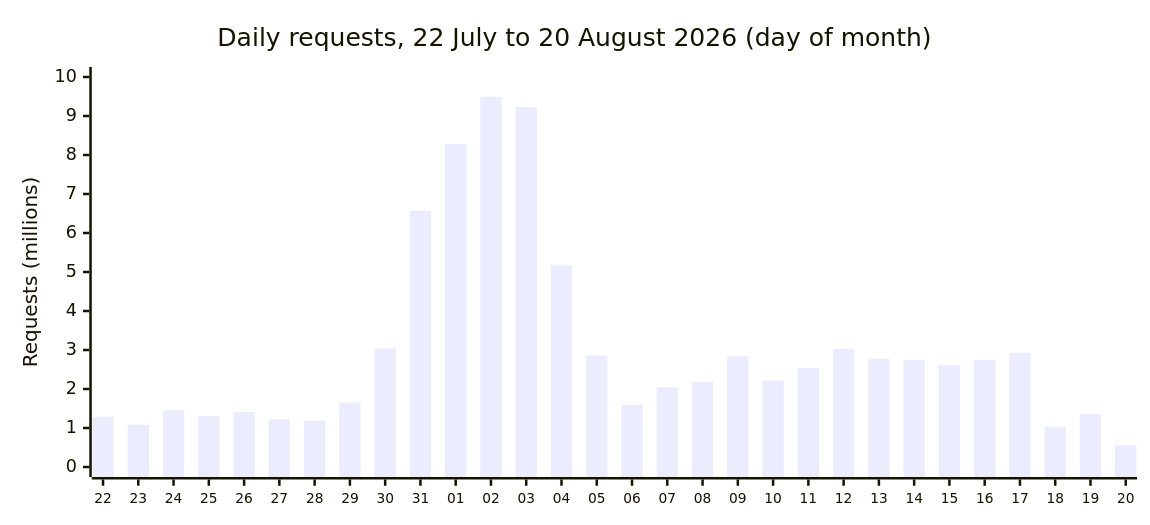
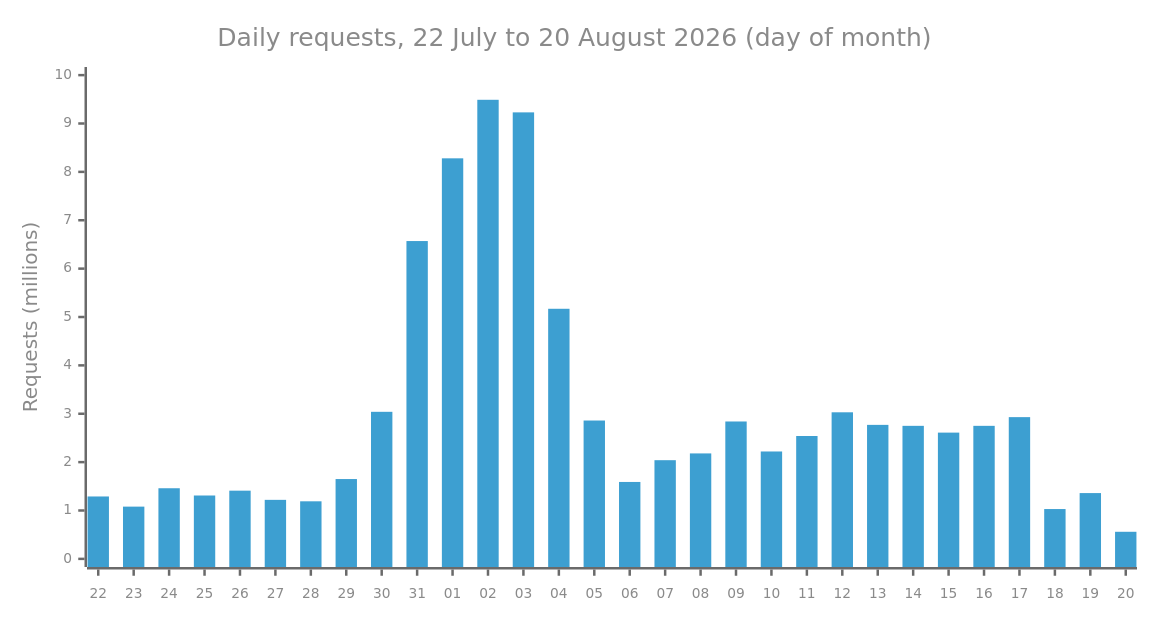
The second of 2 diagrams in log/web-request-storm-incident/index.qmd (lopes/lopes.id), drawn with Mermaid before and after one commit.

Commit message:
post: theme-neutral colours and more height for the request chart

````diff
--- a/log/web-request-storm-incident/index.qmd
+++ b/log/web-request-storm-incident/index.qmd
@@ -200,8 +200,8 @@
 ```{mermaid}
-%%{init: {"xyChart": {"width": 900, "height": 400, "xAxis": {"labelFontSize": 11, "labelPadding": 4}}}}%%
+%%{init: {"themeVariables": {"xyChart": {"backgroundColor":"transparent","plotColorPalette":"#3d9fd1","titleColor":"#8a8a8a","xAxisLabelColor":"#8a8a8a","xAxisTitleColor":"#8a8a8a","xAxisTickColor":"#6a6a6a","xAxisLineColor":"#6a6a6a","yAxisLabelColor":"#8a8a8a","yAxisTitleColor":"#8a8a8a","yAxisTickColor":"#6a6a6a","yAxisLineColor":"#6a6a6a"}}, "xyChart": {"width": 900, "height": 480, "xAxis": {"labelFontSize": 11, "labelPadding": 8}, "yAxis": {"labelFontSize": 11}}}}%%
 xychart-beta
     title "Daily requests, 22 July to 20 August 2026 (day of month)"
     x-axis [22, 23, 24, 25, 26, 27, 28, 29, 30, 31, 01, 02, 03, 04, 05, 06, 07, 08, 09, 10, 11, 12, 13, 14, 15, 16, 17, 18, 19, 20]
     y-axis "Requests (millions)" 0 --> 10
     bar [1.29, 1.08, 1.46, 1.31, 1.41, 1.22, 1.19, 1.65, 3.04, 6.57, 8.28, 9.49, 9.23, 5.17, 2.86, 1.59, 2.04, 2.18, 2.84, 2.22, 2.54, 3.03, 2.77, 2.75, 2.61, 2.75, 2.93, 1.03, 1.36, 0.56]
 ```
````
